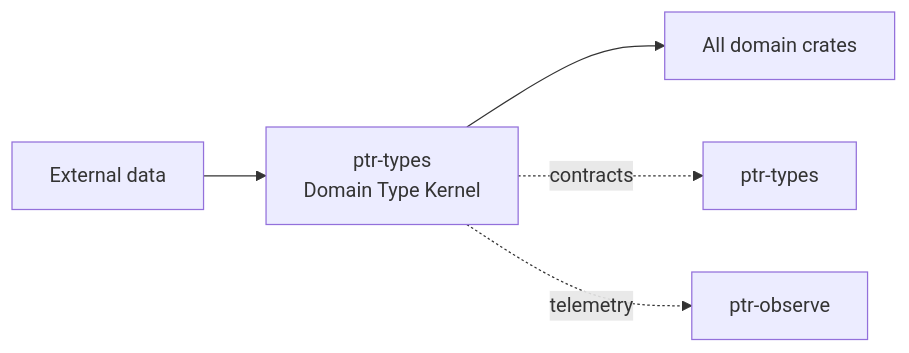
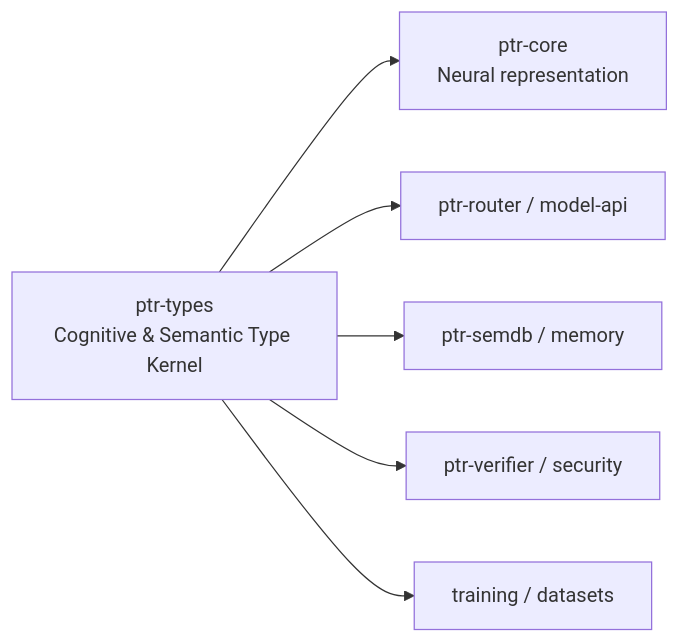
Before and after one commit to xrey167/PTR: the diagram in crates/ptr-types/README.md, drawn with Mermaid. The commit also changed other lines of this file, not shown here.

Commit message:
Present ptr-types as cognitive semantic kernel

````diff
--- a/crates/ptr-types/README.md
+++ b/crates/ptr-types/README.md
@@ -70,7 +70,9 @@
 ```mermaid
 flowchart LR
-    A["External data"] --> B["ptr-types\nDomain Type Kernel"]
-    B --> C["All domain crates"]
-    B -. "contracts" .-> T["ptr-types"]
-    B -. "telemetry" .-> O["ptr-observe"]
+    T["ptr-types\nCognitive & Semantic Type Kernel"]
+    T --> C["ptr-core\nNeural representation"]
+    T --> R["ptr-router / model-api"]
+    T --> S["ptr-semdb / memory"]
+    T --> V["ptr-verifier / security"]
+    T --> TR["training / datasets"]
 ```
````
